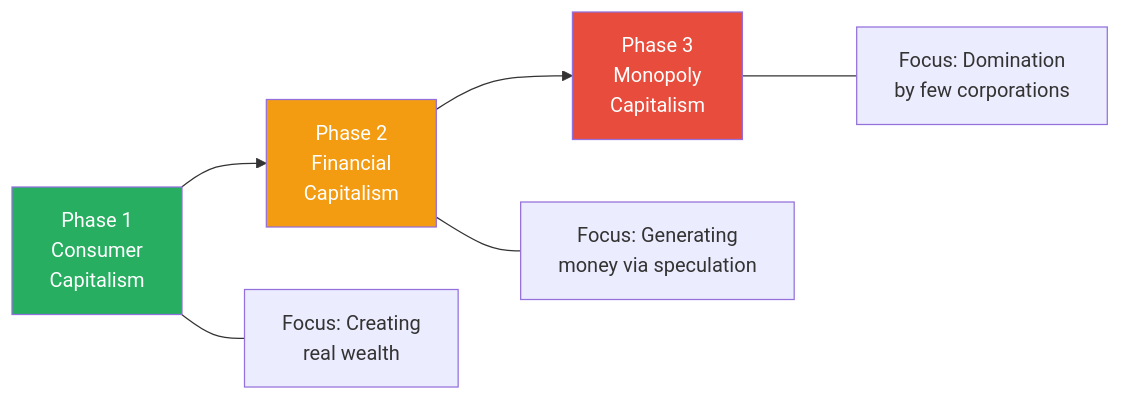
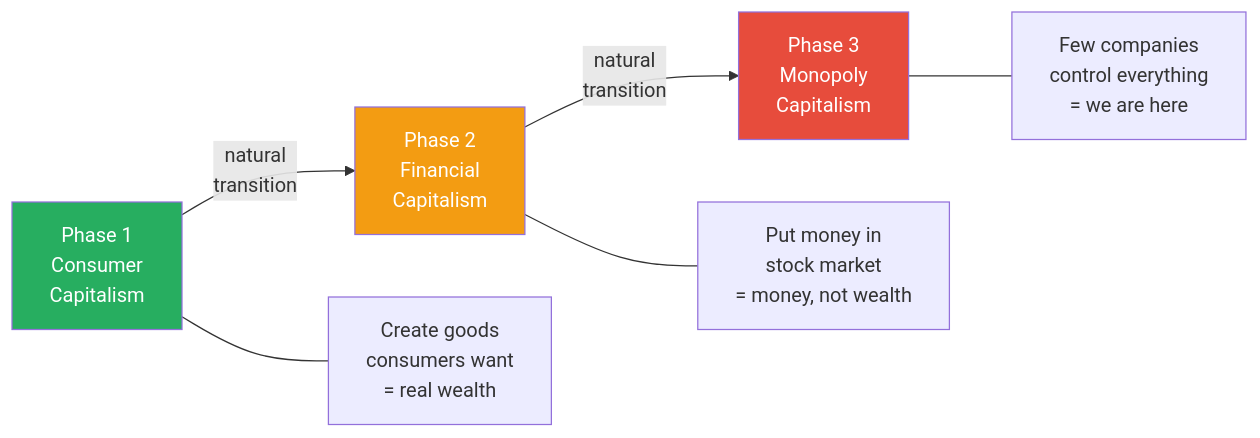
The second of 11 diagrams in summaries/Lectures/Secret History/02 - How Societies Collapse.md (alius33/reader), drawn with Mermaid before and after one commit. The commit also changed other lines of this file and 26 other files, not shown here.

````diff
--- a/summaries/Lectures/Secret History/02 - How Societies Collapse.md
+++ b/summaries/Lectures/Secret History/02 - How Societies Collapse.md
@@ -71,11 +108,11 @@
 ```mermaid
 flowchart LR
-    A["Phase 1<br/>Consumer<br/>Capitalism"] --> B["Phase 2<br/>Financial<br/>Capitalism"]
-    B --> C["Phase 3<br/>Monopoly<br/>Capitalism"]
-    A --- D["Focus: Creating<br/>real wealth"]
-    B --- E["Focus: Generating<br/>money via speculation"]
-    C --- F["Focus: Domination<br/>by few corporations"]
+    A["Phase 1<br/>Consumer<br/>Capitalism"] -->|"natural<br/>transition"| B["Phase 2<br/>Financial<br/>Capitalism"]
+    B -->|"natural<br/>transition"| C["Phase 3<br/>Monopoly<br/>Capitalism"]
+    A --- D["Create goods<br/>consumers want<br/>= real wealth"]
+    B --- E["Put money in<br/>stock market<br/>= money, not wealth"]
+    C --- F["Few companies<br/>control everything<br/>= we are here"]
     style A fill:#27ae60,color:#fff
     style B fill:#f39c12,color:#fff
     style C fill:#e74c3c,color:#fff
 ```
````
